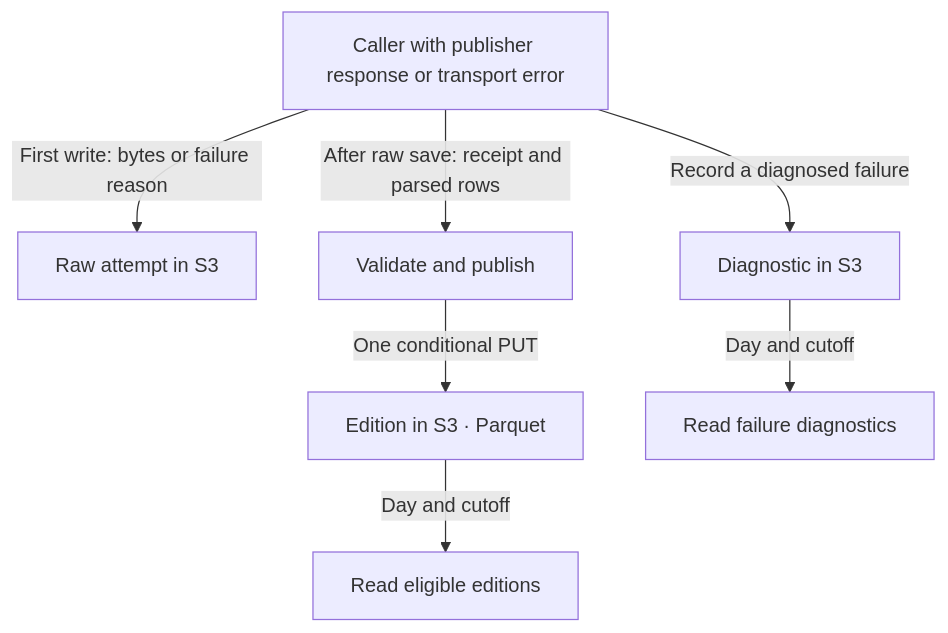
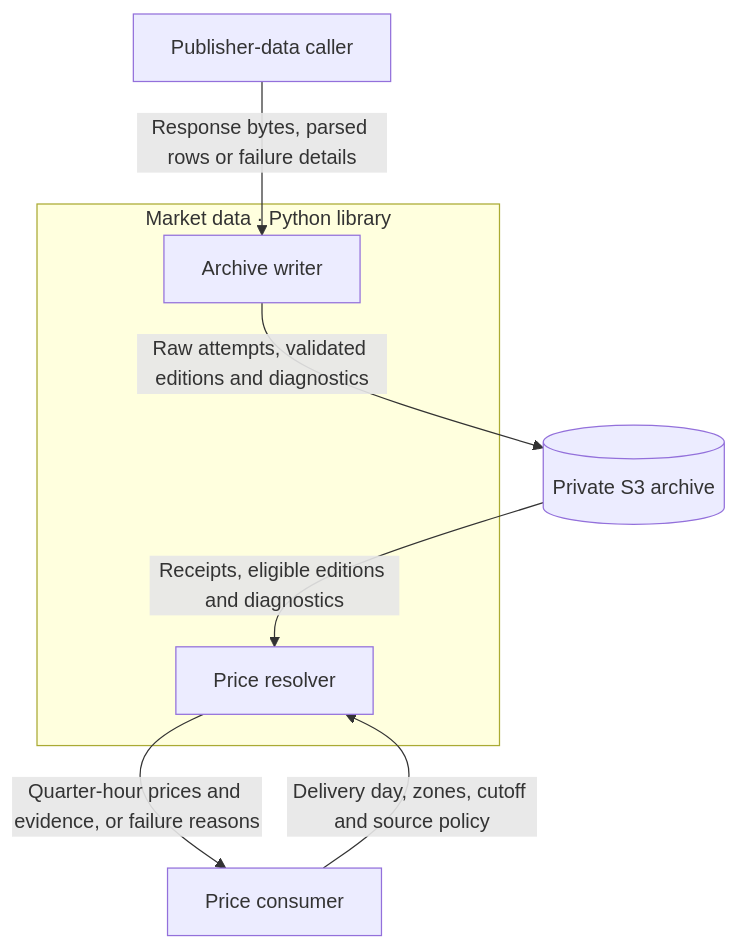
The diagram in coppersushi/pipelines/market_data/README.md (zoltanmaric/coppersushi), drawn with Mermaid before and after one commit. The commit also changed other lines of this file and 4 other files, not shown here.

````diff
--- a/coppersushi/pipelines/market_data/README.md
+++ b/coppersushi/pipelines/market_data/README.md
@@ -9,10 +9,15 @@
 ```mermaid
-flowchart TD
-    Caller["Caller with publisher response or transport error"]
-    Caller -->|First write: bytes or failure reason| Raw["Raw attempt in S3"]
-    Caller -->|After raw save: receipt and parsed rows| Writer["Validate and publish"]
-    Writer -->|One conditional PUT| Table["Edition in S3 · Parquet"]
-    Caller -->|Record a diagnosed failure| Fail["Diagnostic in S3"]
-    Table -->|Day and cutoff| Read["Read eligible editions"]
-    Fail -->|Day and cutoff| Audit["Read failure diagnostics"]
+flowchart TB
+    Caller["Publisher-data caller"]
+    Consumer["Price consumer"]
+    subgraph Market["Market data · Python library"]
+        Writer["Archive writer"]
+        Resolver["Price resolver"]
+    end
+    Archive[("Private S3 archive")]
+    Caller -->|Response bytes, parsed rows or failure details| Writer
+    Writer -->|Raw attempts, validated editions and diagnostics| Archive
+    Consumer -->|Delivery day, zones, cutoff and source policy| Resolver
+    Archive -->|Receipts, eligible editions and diagnostics| Resolver
+    Resolver -->|Quarter-hour prices and evidence, or failure reasons| Consumer
 ```
````
